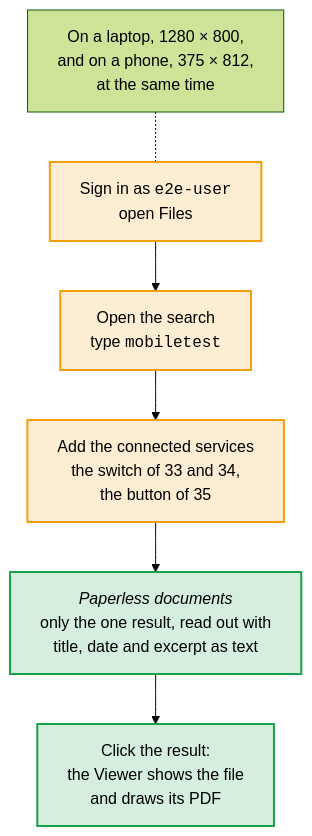
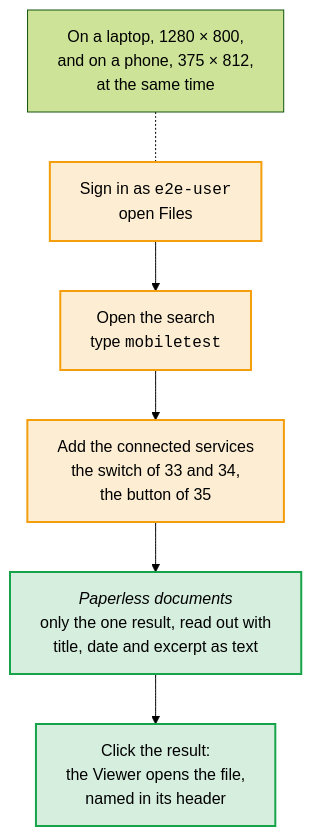
One commit to Dennis-Otto/paperless-unified-search changed the fourth of 4 diagrams in tests/e2e/README.md. Above: the diagram before and after it, drawn with Mermaid (forest theme). The commit also changed other lines of this file and 2 other files, not shown here.

Commit message:
test(e2e): make the search dialog check lighter and patient on the CI
On a runner of GitHub, three versions of Nextcloud and their browsers
share four CPUs, and the search dialog took 33 to 49 s per version.
flow.mjs now waits for the header of the Viewer, which names the file,
instead of for the PDF that the Viewer draws, which is Nextcloud's own
job, and the phone draws one pixel per CSS pixel. Under one CPU each for
Nextcloud and the browser, that cuts the check from about 46 to 31 s.
Each step may take a minute, so that a slow runner fails nothing.

````diff
--- a/tests/e2e/README.md
+++ b/tests/e2e/README.md
@@ -164,25 +164,25 @@
 ```mermaid
 ---
 config:
   flowchart:
     wrappingWidth: 400
 ---
 flowchart TB
     accTitle: The search dialog in flow.mjs
-    accDescr: flow.mjs signs in as e2e-user, opens Files and the search, types mobiletest and adds the connected services, with the switch of Nextcloud 33 and 34 or the button of Nextcloud 35. It expects the group Paperless documents with only Mobile viewer test, read out with its title, its date and its excerpt as text. A click on the result opens the file in the Viewer with its name and the first page of the PDF drawn. It does this on a laptop and on a phone at the same time.
+    accDescr: flow.mjs signs in as e2e-user, opens Files and the search, types mobiletest and adds the connected services, with the switch of Nextcloud 33 and 34 or the button of Nextcloud 35. It expects the group Paperless documents with only Mobile viewer test, read out with its title, its date and its excerpt as text. A click on the result opens the file in the Viewer, which names it in its header. It does this on a laptop and on a phone at the same time.
 
     signin["Sign in as <code>e2e-user</code><br/>open Files"]
     dialog["Open the search<br/>type <code>mobiletest</code>"]
     connected["Add the connected services<br/>the switch of 33 and 34,<br/>the button of 35"]
     result["<i>Paperless documents</i><br/>only the one result, read out with<br/>title, date and excerpt as text"]
-    viewer["Click the result:<br/>the Viewer shows the file<br/>and draws its PDF"]
+    viewer["Click the result:<br/>the Viewer opens the file,<br/>named in its header"]
     sizes["On a laptop, 1280 × 800,<br/>and on a phone, 375 × 812,<br/>at the same time"]
 
     signin --> dialog --> connected --> result --> viewer
     sizes -.- signin
 
     classDef person fill:#f59e0b2e,stroke:#f59e0b,stroke-width:2px
     classDef done fill:#16a34a2e,stroke:#16a34a,stroke-width:2px
     class signin,dialog,connected person
     class result,viewer done
 ```
````
